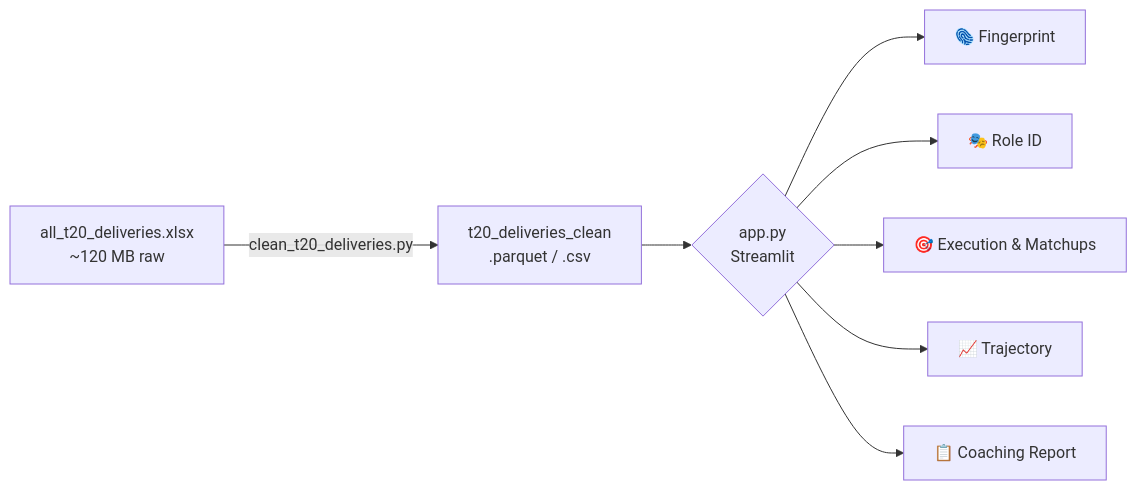
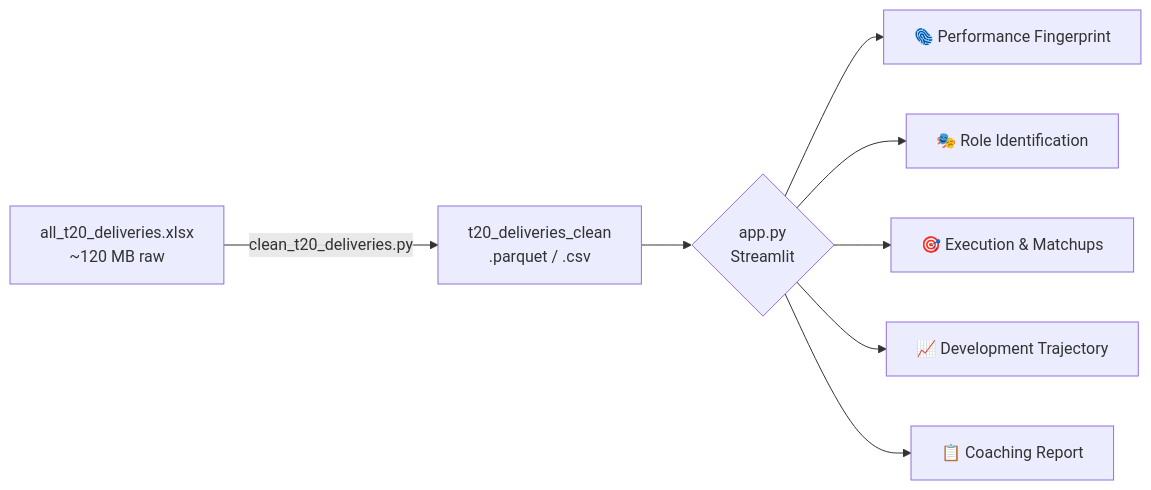
Before and after one commit to siddhapura-akshita/bowler-coaching-report-tool: the diagram in readme.md, drawn with Mermaid. The commit also changed other lines of this file, not shown here.

````diff
--- a/readme.md
+++ b/readme.md
@@ -38,10 +38,10 @@
 ```mermaid
 flowchart LR
     A[all_t20_deliveries.xlsx<br/>~120 MB raw] -->|clean_t20_deliveries.py| B[t20_deliveries_clean<br/>.parquet / .csv]
     B --> C{app.py<br/>Streamlit}
-    C --> D[🫆 Fingerprint]
-    C --> E[🎭 Role ID]
+    C --> D[🫆 Performance Fingerprint]
+    C --> E[🎭 Role Identification]
     C --> F[🎯 Execution & Matchups]
-    C --> G[📈 Trajectory]
+    C --> G[📈 Development Trajectory]
     C --> H[📋 Coaching Report]
 ```
````
